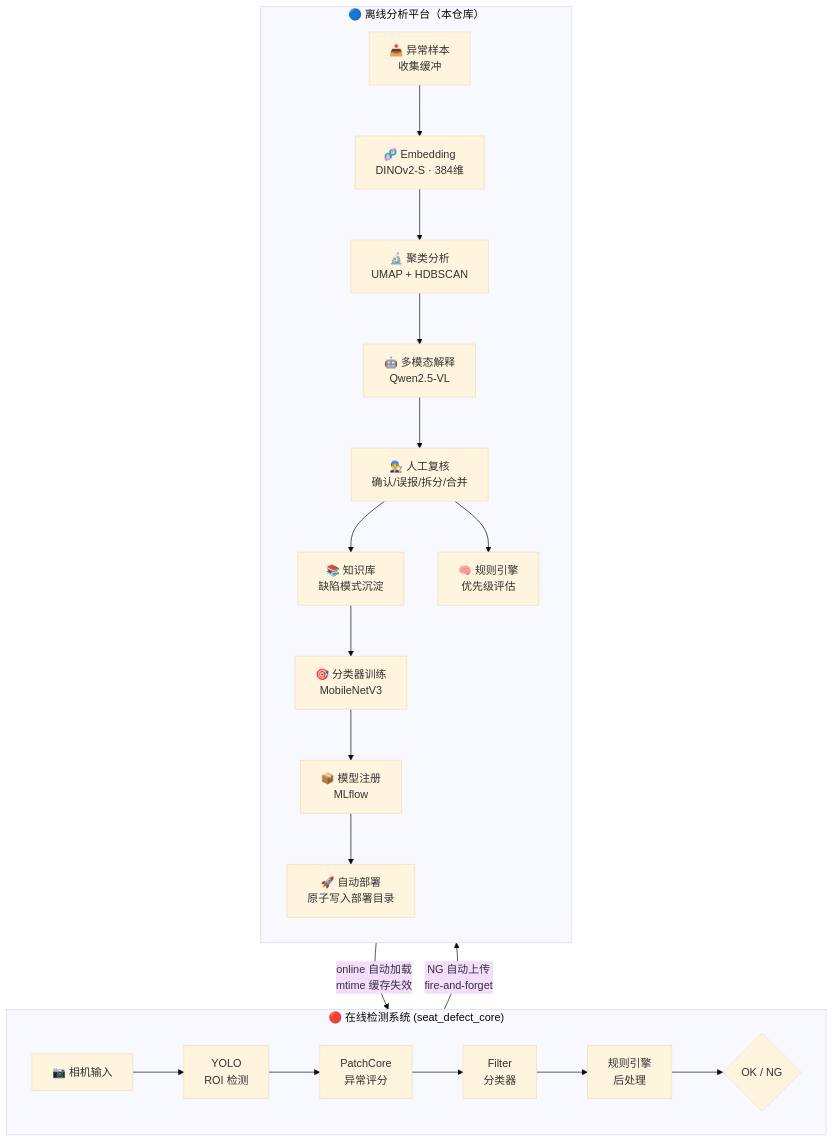
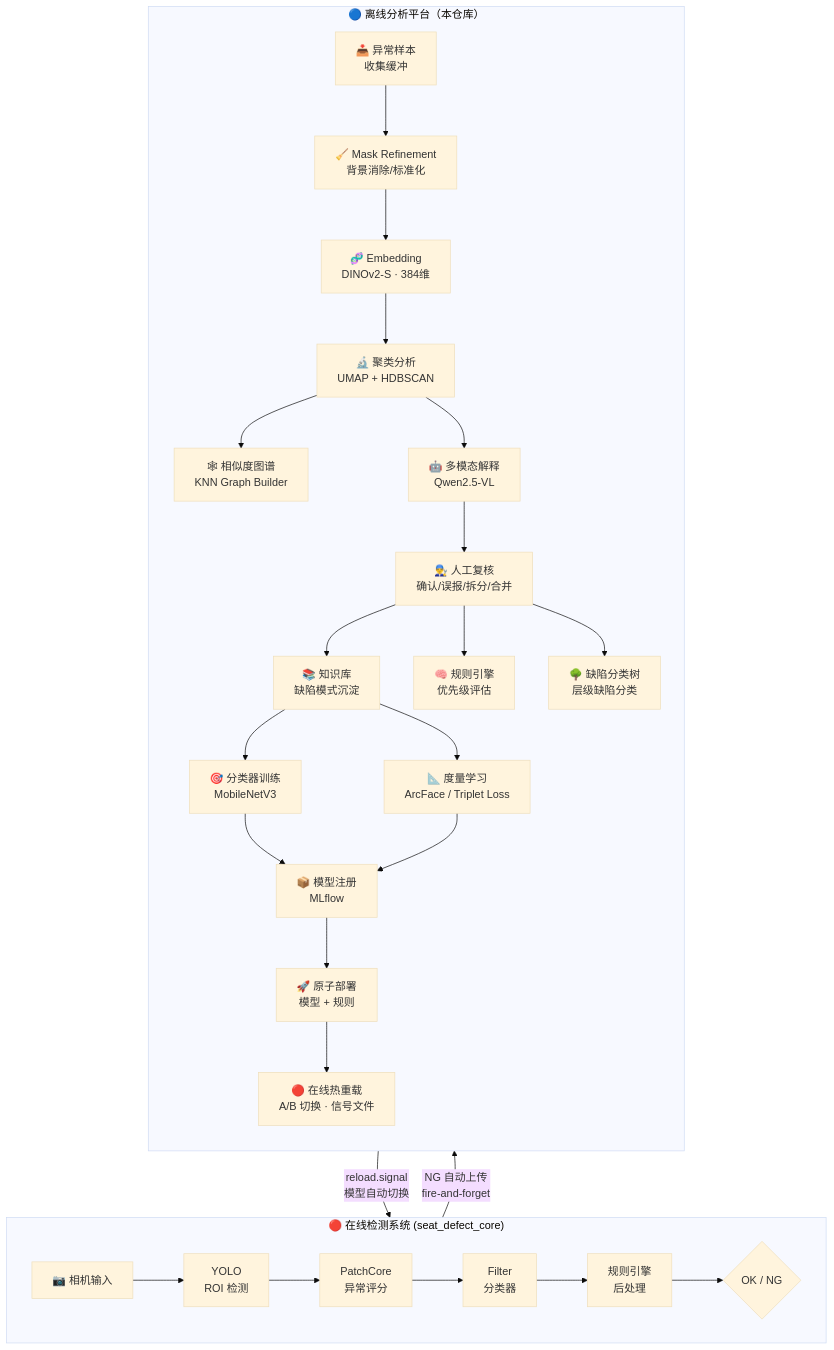
Before and after one commit to celien99/offline-analysis-platform: the diagram in README.md, drawn with Mermaid (base theme). The commit also changed other lines of this file, not shown here.

First line of the commit message:
docs: update README with all 5 new prompt.md architecture modules

````diff
--- a/README.md
+++ b/README.md
@@ -35,27 +35,33 @@
 ```mermaid
 flowchart TB
     subgraph ONLINE["🔴 在线检测系统 (seat_defect_core)"]
         direction LR
         CAM["📷 相机输入"] --> YOLO["YOLO<br/>ROI 检测"]
         YOLO --> PC["PatchCore<br/>异常评分"]
         PC --> FC["Filter<br/>分类器"]
         FC --> RE["规则引擎<br/>后处理"]
         RE --> DECISION{"OK / NG"}
     end
 
     subgraph OFFLINE["🔵 离线分析平台（本仓库）"]
         direction TB
-        INGEST["📥 异常样本<br/>收集缓冲"] --> EMBED["🧬 Embedding<br/>DINOv2-S · 384维"]
+        INGEST["📥 异常样本<br/>收集缓冲"] --> MASK["🧹 Mask Refinement<br/>背景消除/标准化"]
+        MASK --> EMBED["🧬 Embedding<br/>DINOv2-S · 384维"]
         EMBED --> CLUSTER["🔬 聚类分析<br/>UMAP + HDBSCAN"]
+        CLUSTER --> GRAPH["🕸 相似度图谱<br/>KNN Graph Builder"]
         CLUSTER --> VLM["🤖 多模态解释<br/>Qwen2.5-VL"]
         VLM --> REVIEW["👨‍🔧 人工复核<br/>确认/误报/拆分/合并"]
         REVIEW --> KB["📚 知识库<br/>缺陷模式沉淀"]
         REVIEW --> RULES["🧠 规则引擎<br/>优先级评估"]
+        REVIEW --> TAX["🌳 缺陷分类树<br/>层级缺陷分类"]
         KB --> TRAIN["🎯 分类器训练<br/>MobileNetV3"]
+        KB --> METRIC["📐 度量学习<br/>ArcFace / Triplet Loss"]
         TRAIN --> REGISTRY["📦 模型注册<br/>MLflow"]
-        REGISTRY --> DEPLOY["🚀 自动部署<br/>原子写入部署目录"]
+        METRIC --> REGISTRY
+        REGISTRY --> DEPLOY["🚀 原子部署<br/>模型 + 规则"]
+        DEPLOY --> HOT["🔴 在线热重载<br/>A/B 切换 · 信号文件"]
     end
 
     ONLINE -->|"NG 自动上传<br/>fire-and-forget"| INGEST
-    DEPLOY -->|"online 自动加载<br/>mtime 缓存失效"| FC
+    HOT -->|"reload.signal<br/>模型自动切换"| FC
 ```
````
